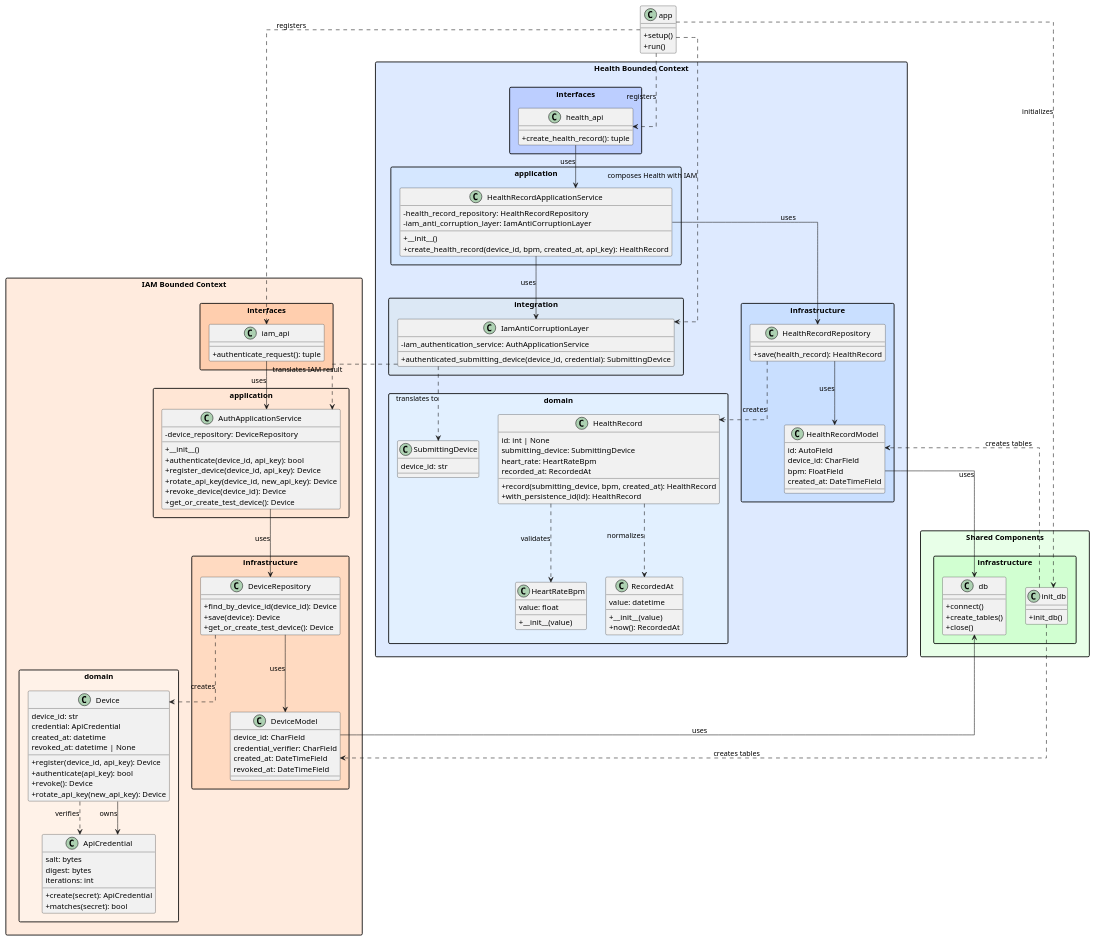
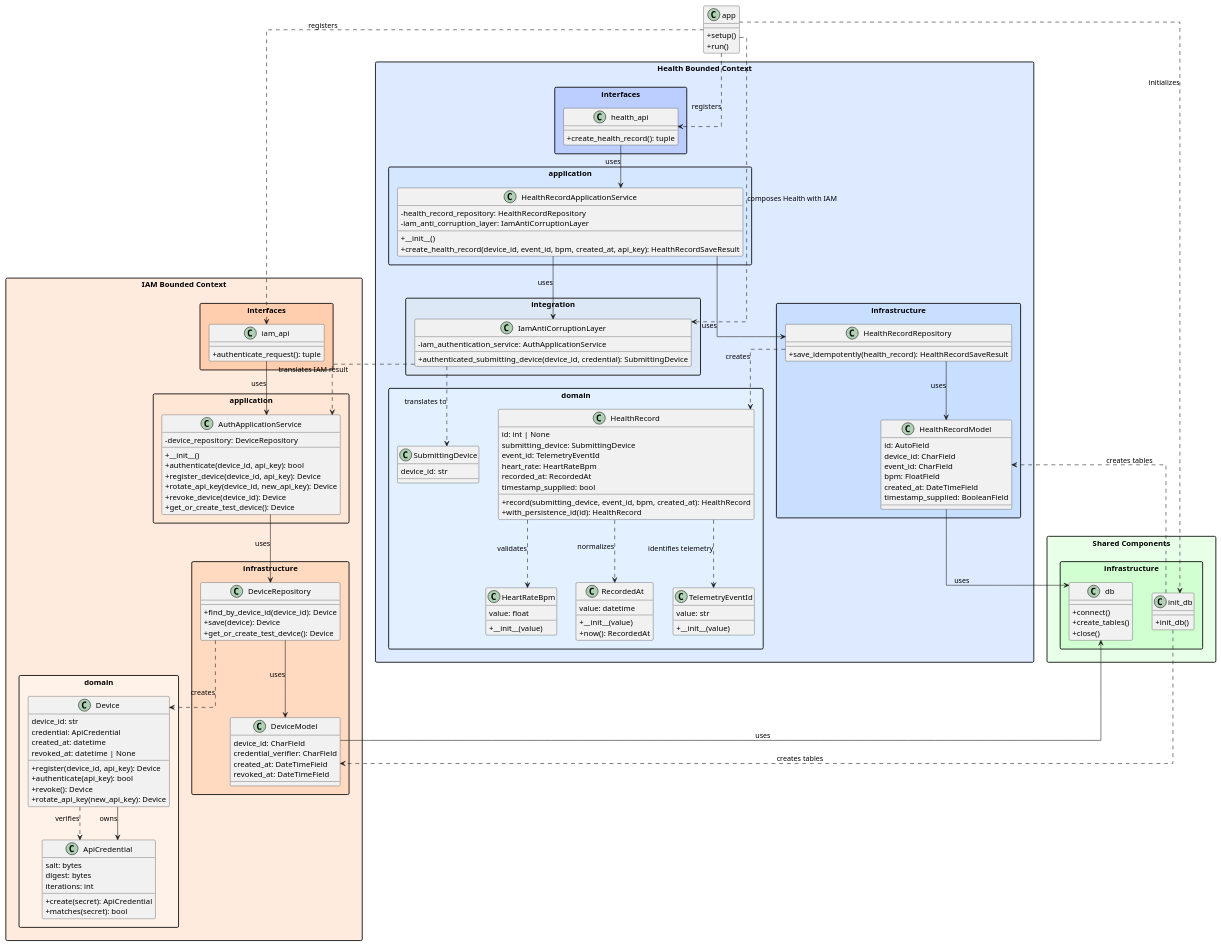
The diagram in docs/class-diagram.puml (upc-pre-202620-1asi0572-8733/smart-band-edge-service), drawn with PlantUML before and after one commit. The commit also changed 16 other files, not shown here.

First line of the commit message:
feat(health): make telemetry ingestion idempotent

```diff
--- a/docs/class-diagram.puml
+++ b/docs/class-diagram.puml
@@ -14,9 +14,11 @@
     class HealthRecord {
       id: int | None
       submitting_device: SubmittingDevice
+      event_id: TelemetryEventId
       heart_rate: HeartRateBpm
       recorded_at: RecordedAt
-      +record(submitting_device, bpm, created_at): HealthRecord
+      timestamp_supplied: bool
+      +record(submitting_device, event_id, bpm, created_at): HealthRecord
       +with_persistence_id(id): HealthRecord
     }
 
@@ -34,6 +36,11 @@
       +__init__(value)
       +now(): RecordedAt
     }
+
+    class TelemetryEventId {
+      value: str
+      +__init__(value)
+    }
   }
 
   ' Application Layer
@@ -42,7 +49,7 @@
       -health_record_repository: HealthRecordRepository
       -iam_anti_corruption_layer: IamAntiCorruptionLayer
       +__init__()
-      +create_health_record(device_id, bpm, created_at, api_key): HealthRecord
+      +create_health_record(device_id, event_id, bpm, created_at, api_key): HealthRecordSaveResult
     }
   }
 
@@ -59,12 +66,14 @@
     class HealthRecordModel {
       id: AutoField
       device_id: CharField
+      event_id: CharField
       bpm: FloatField
       created_at: DateTimeField
+      timestamp_supplied: BooleanField
     }
 
     class HealthRecordRepository {
-      +save(health_record): HealthRecord
+      +save_idempotently(health_record): HealthRecordSaveResult
     }
   }
 
@@ -165,6 +174,7 @@
 HealthRecordRepository ..> HealthRecord: creates
 HealthRecord ..> HeartRateBpm: validates
 HealthRecord ..> RecordedAt: normalizes
+HealthRecord ..> TelemetryEventId: identifies telemetry
 health_api --> HealthRecordApplicationService: uses
 IamAntiCorruptionLayer ..> SubmittingDevice: translates to
 
```
